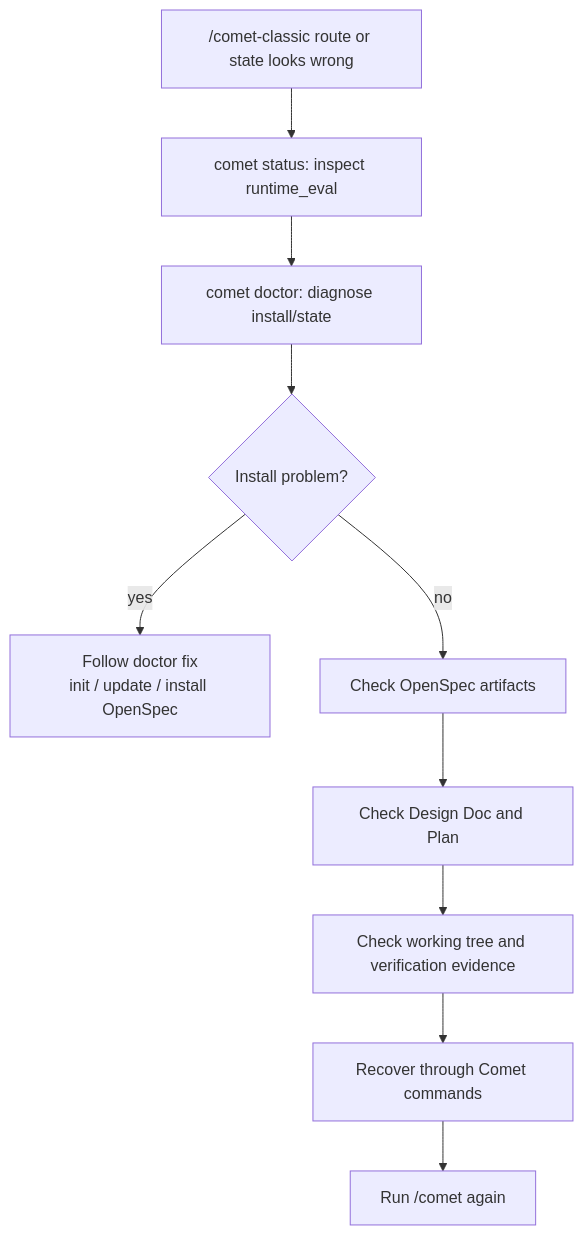
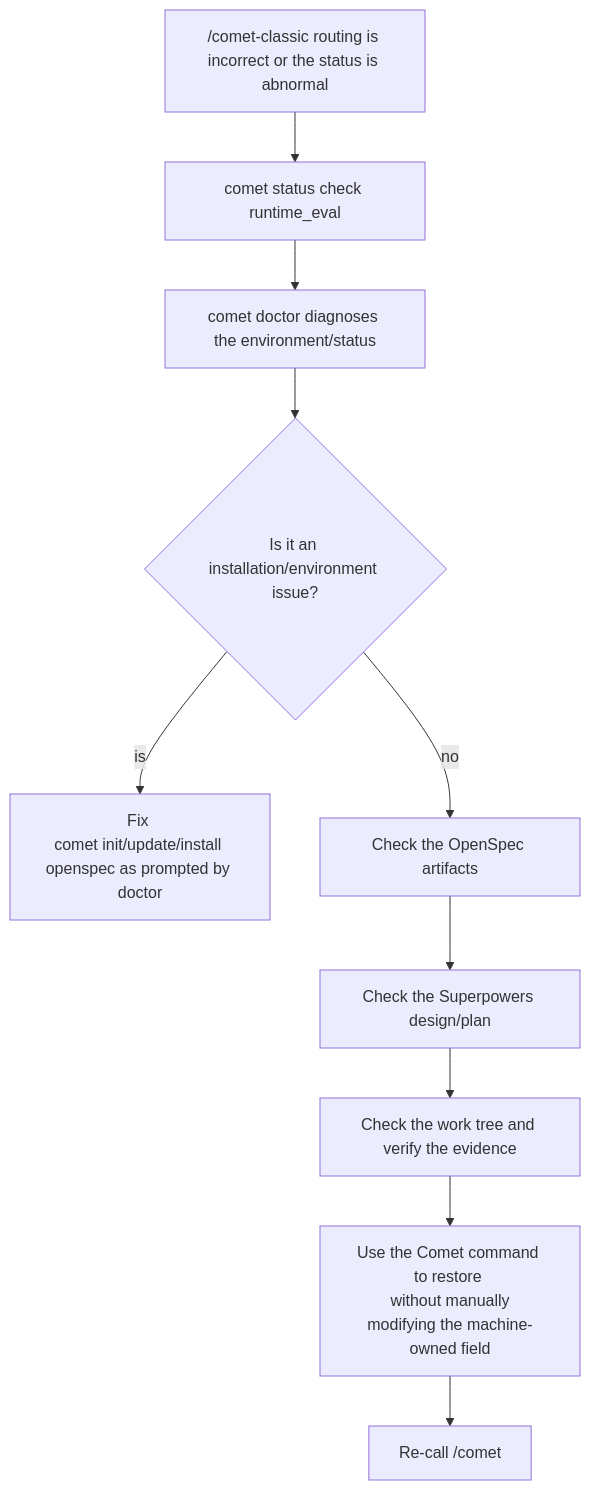
One commit to rpamis/comet-website-docs changed the diagram in en/guides/state-recovery.mdx. Above: the diagram before and after it, drawn with Mermaid. The commit also changed other lines of this file and 158 other files, not shown here.

````diff
--- a/en/guides/state-recovery.mdx
+++ b/en/guides/state-recovery.mdx
@@ -87,12 +84,12 @@
 ```mermaid
 flowchart TD
-  A["/comet-classic route or state looks wrong"] --> B["comet status: inspect runtime_eval"]
-  B --> C["comet doctor: diagnose install/state"]
-  C --> D{"Install problem?"}
-  D -->|yes| E["Follow doctor fix\ninit / update / install OpenSpec"]
-  D -->|no| F["Check OpenSpec artifacts"]
-  F --> G["Check Design Doc and Plan"]
-  G --> H["Check working tree and verification evidence"]
-  H --> I["Recover through Comet commands"]
-  I --> J["Run /comet again"]
+  A["/comet-classic routing is incorrect or the status is abnormal"] --> B["comet status check runtime_eval"]
+  B --> C["comet doctor diagnoses the environment/status"]
+  C --> D{"Is it an installation/environment issue?"}
+  D -->|is| E["Fix <br/>comet init/update/install openspec as prompted by doctor"]
+  D -->|no| F["Check the OpenSpec artifacts"]
+  F --> G["Check the Superpowers design/plan"]
+  G --> H["Check the work tree and verify the evidence"]
+  H --> I["Use the Comet command to restore <br/> without manually modifying the machine-owned field"]
+  I --> J["Re-call /comet"]
 ```
````
